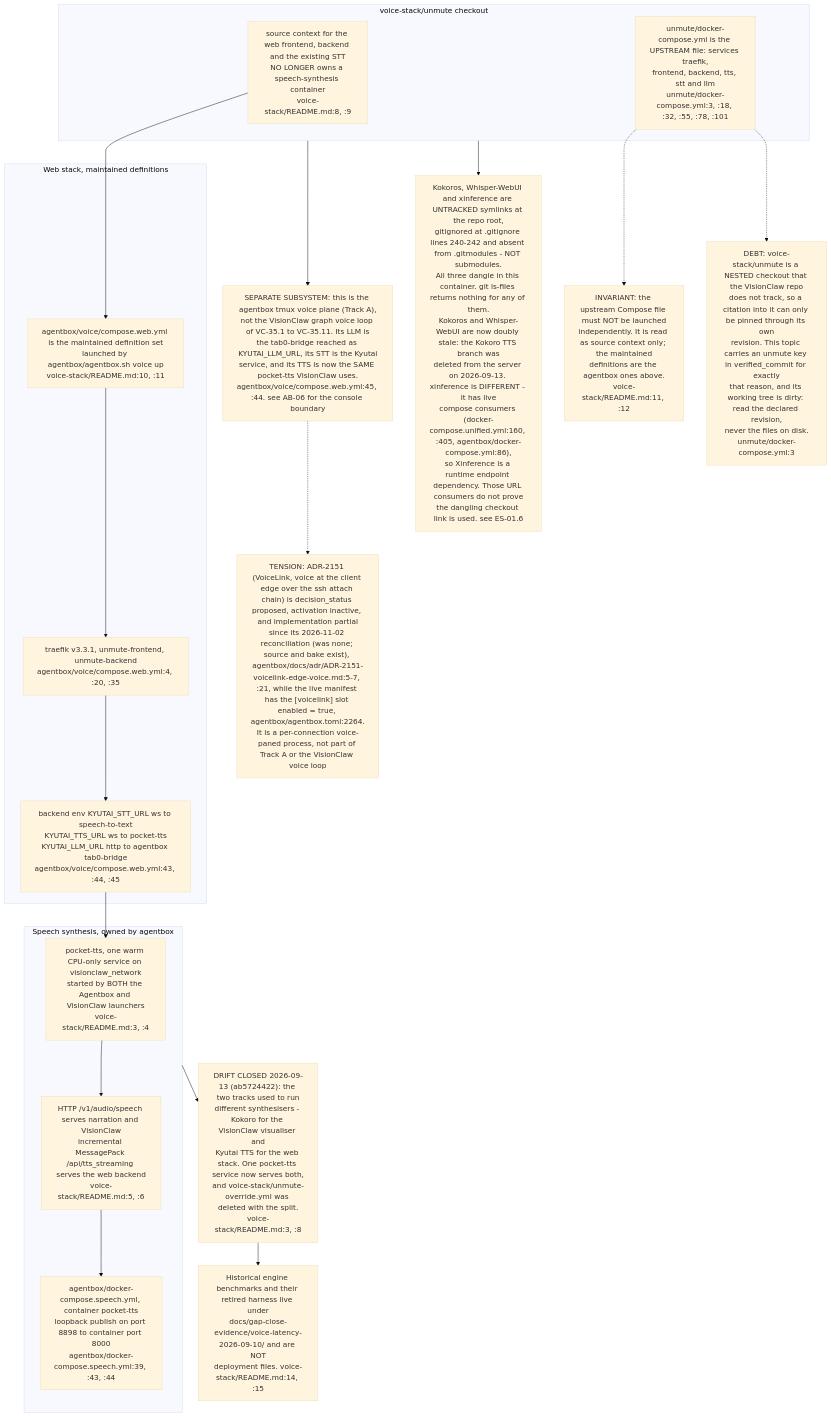
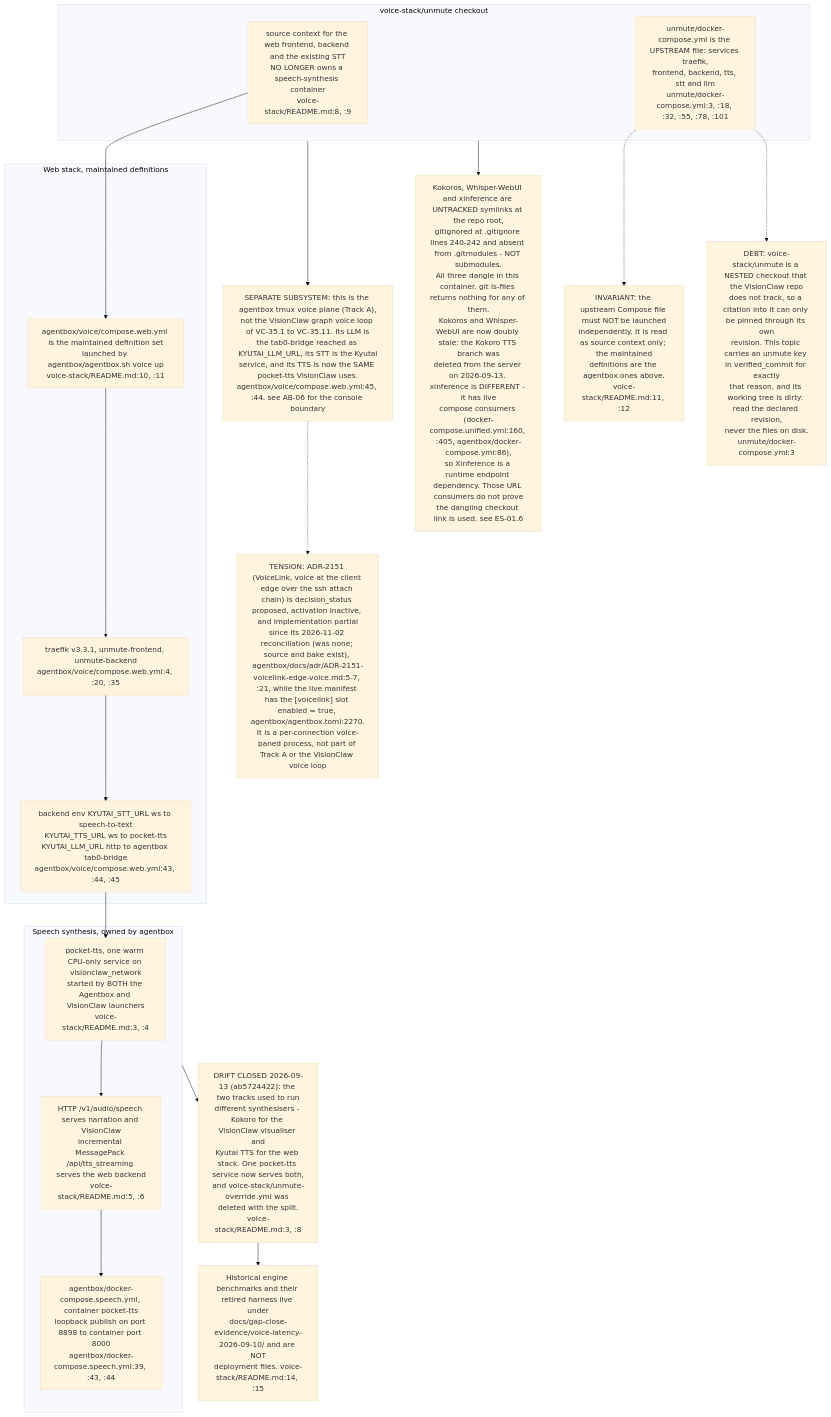
The tenth of 12 diagrams in docs/diagrams/visionclaw/35-voice-end-to-end.md (DreamLab-AI/VisionFlow), drawn with Mermaid (base theme) before and after one commit. The commit also changed other lines of this file and 154 other files, not shown here.

First line of the commit message:
docs(diagrams): re-stamp 154 topics whose every citation still reads the same text at the current heads

````diff
--- a/docs/diagrams/visionclaw/35-voice-end-to-end.md
+++ b/docs/diagrams/visionclaw/35-voice-end-to-end.md
@@ -532,35 +532,35 @@
 ```mermaid
 flowchart TB
     subgraph owned["Speech synthesis, owned by agentbox"]
         P1["pocket-tts, one warm CPU-only service on visionclaw_network<br/>started by BOTH the Agentbox and VisionClaw launchers<br/>voice-stack/README.md:3, :4"]
         P2["HTTP /v1/audio/speech serves narration and VisionClaw<br/>incremental MessagePack /api/tts_streaming serves the web backend<br/>voice-stack/README.md:5, :6"]
         P3["agentbox/docker-compose.speech.yml, container pocket-tts<br/>loopback publish on port 8898 to container port 8000<br/>agentbox/docker-compose.speech.yml:39, :43, :44"]
     end
     subgraph web["Web stack, maintained definitions"]
         W1["agentbox/voice/compose.web.yml is the maintained definition set<br/>launched by agentbox/agentbox.sh voice up<br/>voice-stack/README.md:10, :11"]
         W2["traefik v3.3.1, unmute-frontend, unmute-backend<br/>agentbox/voice/compose.web.yml:4, :20, :35"]
         W3["backend env KYUTAI_STT_URL ws to speech-to-text<br/>KYUTAI_TTS_URL ws to pocket-tts<br/>KYUTAI_LLM_URL http to agentbox tab0-bridge<br/>agentbox/voice/compose.web.yml:43, :44, :45"]
     end
     subgraph legacy["voice-stack/unmute checkout"]
         U1["source context for the web frontend, backend and the existing STT<br/>NO LONGER owns a speech-synthesis container<br/>voice-stack/README.md:8, :9"]
         U2["unmute/docker-compose.yml is the UPSTREAM file: services traefik,<br/>frontend, backend, tts, stt and llm<br/>unmute/docker-compose.yml:3, :18, :32, :55, :78, :101"]
     end
     P1 --> P2 --> P3
     W1 --> W2 --> W3
     W3 --> P1
     U1 --> W1
     U2 -.-> INV
     INV["INVARIANT: the upstream Compose file must NOT be launched<br/>independently. It is read as source context only; the maintained<br/>definitions are the agentbox ones above.<br/>voice-stack/README.md:11, :12"]
     U2 -.-> UNPIN
     UNPIN["DEBT: voice-stack/unmute is a NESTED checkout that the VisionClaw repo<br/>does not track, so a citation into it can only be pinned through its own<br/>revision. This topic carries an unmute key in verified_commit for exactly<br/>that reason, and its working tree is dirty: read the declared revision,<br/>never the files on disk.<br/>unmute/docker-compose.yml:3"]
     legacy --> SEP
-    VL["TENSION: ADR-2151 (VoiceLink, voice at the client edge over the ssh attach chain) is decision_status proposed, activation inactive, and implementation partial<br/>since its 2026-11-02 reconciliation (was none; source and bake exist), agentbox/docs/adr/ADR-2151-voicelink-edge-voice.md:5-7, :21, while the live manifest has the [voicelink] slot enabled = true, agentbox/agentbox.toml:2264.<br/>It is a per-connection voice-paned process, not part of Track A or the VisionClaw voice loop"]
+    VL["TENSION: ADR-2151 (VoiceLink, voice at the client edge over the ssh attach chain) is decision_status proposed, activation inactive, and implementation partial<br/>since its 2026-11-02 reconciliation (was none; source and bake exist), agentbox/docs/adr/ADR-2151-voicelink-edge-voice.md:5-7, :21, while the live manifest has the [voicelink] slot enabled = true, agentbox/agentbox.toml:2270.<br/>It is a per-connection voice-paned process, not part of Track A or the VisionClaw voice loop"]
     SEP -.-> VL
     SEP["SEPARATE SUBSYSTEM: this is the agentbox tmux voice plane (Track A),<br/>not the VisionClaw graph voice loop of VC-35.1 to VC-35.11. Its LLM is<br/>the tab0-bridge reached as KYUTAI_LLM_URL, its STT is the Kyutai<br/>service, and its TTS is now the SAME pocket-tts VisionClaw uses.<br/>agentbox/voice/compose.web.yml:45, :44. see AB-06 for the console boundary"]
     owned --> CONV
     CONV["DRIFT CLOSED 2026-09-13 (ab5724422): the two tracks used to run<br/>different synthesisers - Kokoro for the VisionClaw visualiser and<br/>Kyutai TTS for the web stack. One pocket-tts service now serves both,<br/>and voice-stack/unmute-override.yml was deleted with the split.<br/>voice-stack/README.md:3, :8"]
     DIV["Kokoros, Whisper-WebUI and xinference are UNTRACKED symlinks at the repo root,<br/>gitignored at .gitignore lines 240-242 and absent from .gitmodules - NOT submodules.<br/>All three dangle in this container. git ls-files returns nothing for any of them.<br/>Kokoros and Whisper-WebUI are now doubly stale: the Kokoro TTS branch was<br/>deleted from the server on 2026-09-13. xinference is DIFFERENT - it has live<br/>compose consumers (docker-compose.unified.yml:160, :405, agentbox/docker-compose.yml:86),<br/>so Xinference is a runtime endpoint dependency. Those URL consumers do not prove<br/>the dangling checkout link is used. see ES-01.6"]
     legacy --> DIV
     HIST["Historical engine benchmarks and their retired harness live under<br/>docs/gap-close-evidence/voice-latency-2026-09-10/ and are NOT<br/>deployment files. voice-stack/README.md:14, :15"]
     CONV --> HIST
 ```
````
